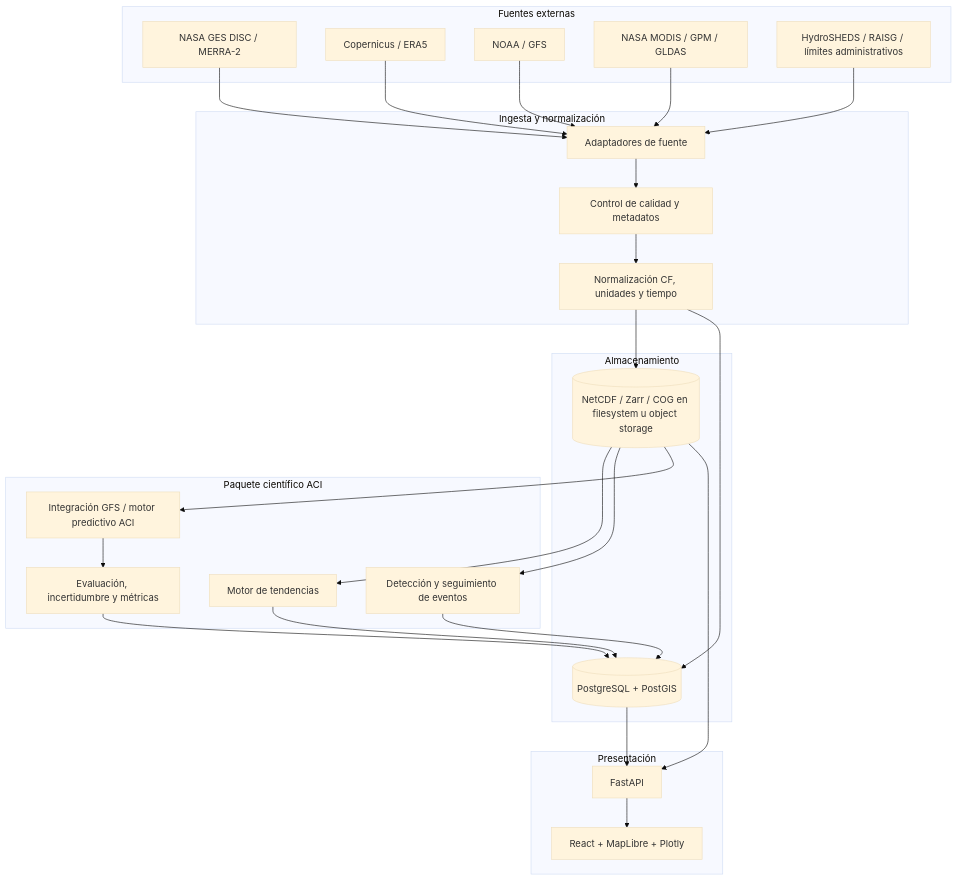
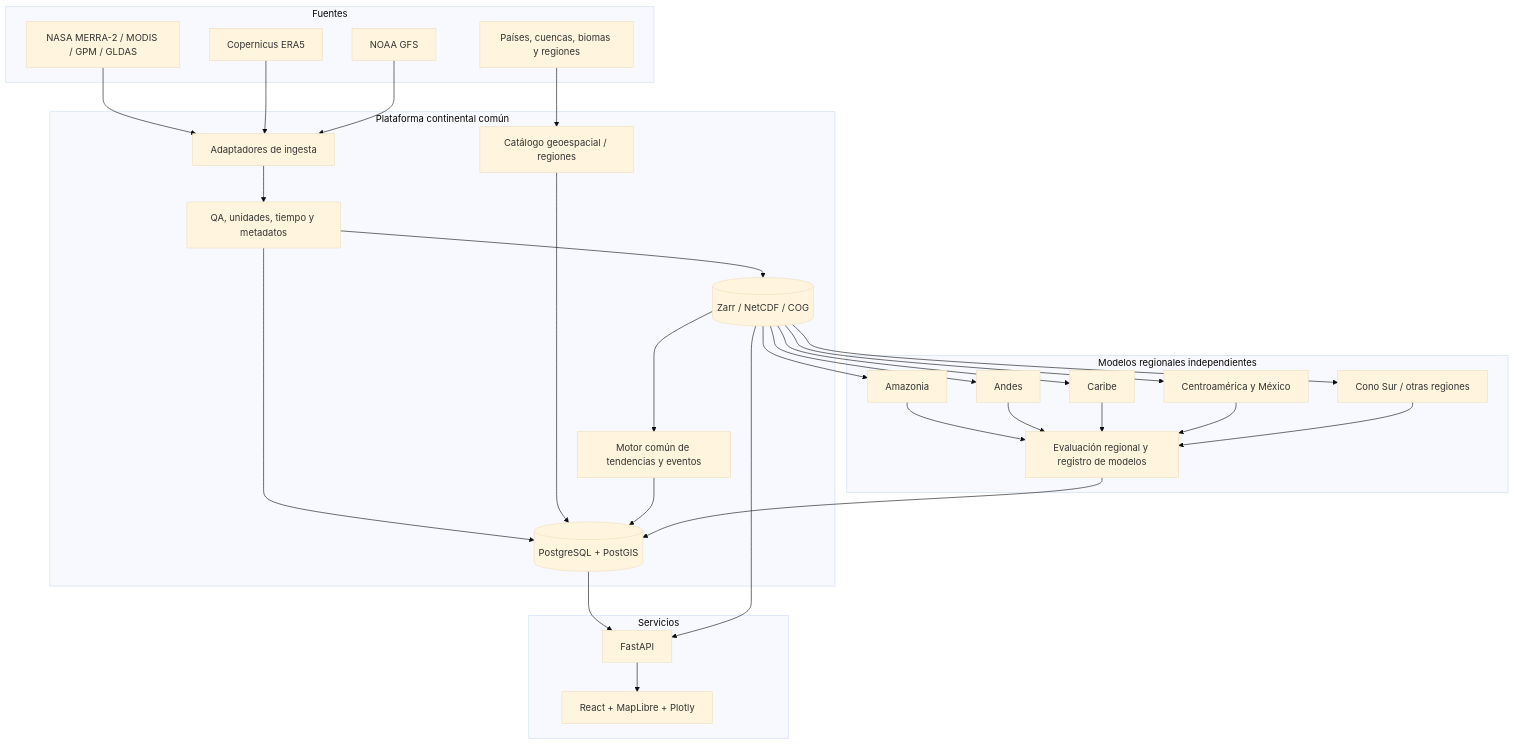
Before and after one commit to junher30/RK_Vanguard_EarthScopeAI: the diagram in docs/aci/ARCHITECTURE.md, drawn with Mermaid (base theme). The commit also changed other lines of this file, not shown here.

Commit message:
docs(laci): adopt continental scope and regional AI strategy

````diff
--- a/docs/aci/ARCHITECTURE.md
+++ b/docs/aci/ARCHITECTURE.md
@@ -11,51 +7,52 @@
 ```mermaid
 flowchart TD
-  subgraph Sources[Fuentes externas]
-    NASA[NASA GES DISC / MERRA-2]
-    ERA[Copernicus / ERA5]
-    GFS[NOAA / GFS]
-    SAT[NASA MODIS / GPM / GLDAS]
-    GEO[HydroSHEDS / RAISG / límites administrativos]
+  subgraph Sources[Fuentes]
+    NASA[NASA MERRA-2 / MODIS / GPM / GLDAS]
+    ERA[Copernicus ERA5]
+    GFS[NOAA GFS]
+    GEO[Países, cuencas, biomas y regiones]
   end
-
-  subgraph Ingestion[Ingesta y normalización]
-    ADAPTERS[Adaptadores de fuente]
-    QA[Control de calidad y metadatos]
-    NORMAL[Normalización CF, unidades y tiempo]
+  subgraph Core[Plataforma continental común]
+    ING[Adaptadores de ingesta]
+    QA[QA, unidades, tiempo y metadatos]
+    GEOCORE[Catálogo geoespacial / regiones]
+    STORE[(Zarr / NetCDF / COG)]
+    DB[(PostgreSQL + PostGIS)]
+    STATS[Motor común de tendencias y eventos]
   end
-
-  subgraph Storage[Almacenamiento]
-    OBJECT[(NetCDF / Zarr / COG en filesystem u object storage)]
-    DB[(PostgreSQL + PostGIS)]
+  subgraph Regional[Modelos regionales independientes]
+    R1[Amazonia]
+    R2[Andes]
+    R3[Caribe]
+    R4[Centroamérica y México]
+    R5[Cono Sur / otras regiones]
+    EVAL[Evaluación regional y registro de modelos]
   end
-
-  subgraph Science[Paquete científico ACI]
-    STATS[Motor de tendencias]
-    EVENTS[Detección y seguimiento de eventos]
-    FORECAST[Integración GFS / motor predictivo ACI]
-    EVAL[Evaluación, incertidumbre y métricas]
-  end
-
-  subgraph Serving[Presentación]
+  subgraph Serve[Servicios]
     API[FastAPI]
     WEB[React + MapLibre + Plotly]
   end
-
-  NASA --> ADAPTERS
-  ERA --> ADAPTERS
-  GFS --> ADAPTERS
-  SAT --> ADAPTERS
-  GEO --> ADAPTERS
-  ADAPTERS --> QA --> NORMAL
-  NORMAL --> OBJECT
-  NORMAL --> DB
-  OBJECT --> STATS
-  OBJECT --> EVENTS
-  OBJECT --> FORECAST
+  NASA --> ING
+  ERA --> ING
+  GFS --> ING
+  GEO --> GEOCORE
+  ING --> QA --> STORE
+  QA --> DB
+  GEOCORE --> DB
+  STORE --> STATS
   STATS --> DB
-  EVENTS --> DB
-  FORECAST --> EVAL --> DB
+  STORE --> R1
+  STORE --> R2
+  STORE --> R3
+  STORE --> R4
+  STORE --> R5
+  R1 --> EVAL
+  R2 --> EVAL
+  R3 --> EVAL
+  R4 --> EVAL
+  R5 --> EVAL
+  EVAL --> DB
   DB --> API
-  OBJECT --> API
+  STORE --> API
   API --> WEB
 ```
````
